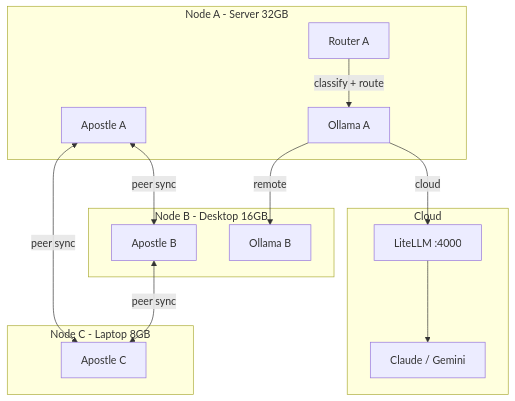
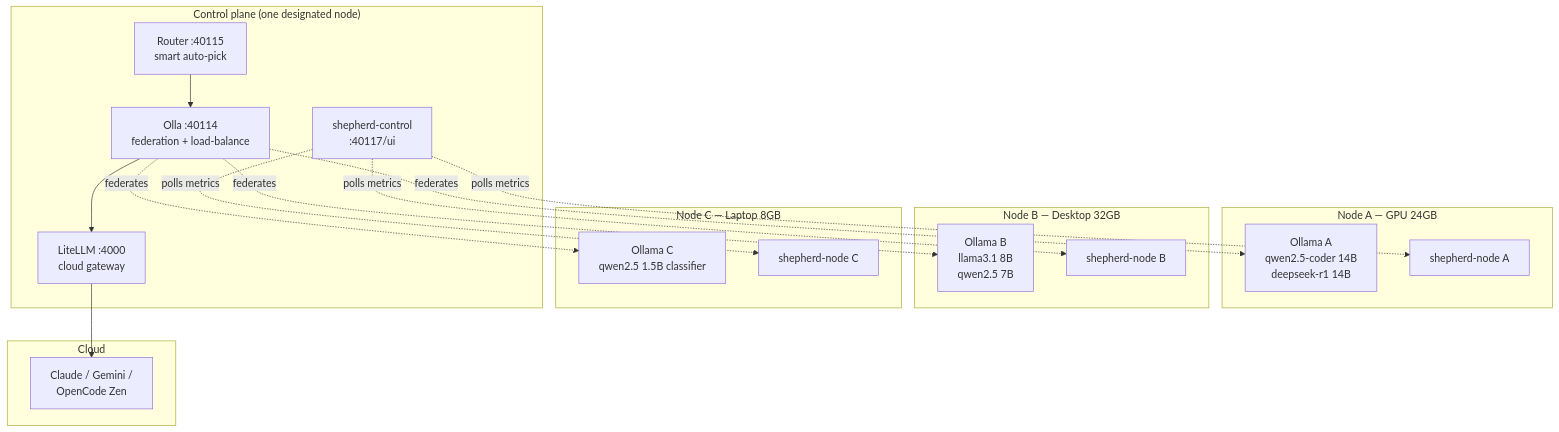
Before and after one commit to growlf/ai-stack: the diagram in README.md, drawn with Mermaid. The commit also changed other lines of this file and 1 other file, not shown here.

First line of the commit message:
docs: replace Apostle vision with federated herd + Shepherd observability

````diff
--- a/README.md
+++ b/README.md
@@ -29,31 +30,39 @@
 ```mermaid
 graph TB
-    subgraph NodeA["Node A - Server 32GB"]
-        AP_A[Apostle A]
-        OL_A[Ollama A]
-        RO_A[Router A]
-        RO_A -->|classify + route| OL_A
+    subgraph NodeA["Node A — GPU 24GB"]
+        OL_A[Ollama A<br/>qwen2.5-coder 14B<br/>deepseek-r1 14B]
+        SN_A[shepherd-node A]
     end
 
-    subgraph NodeB["Node B - Desktop 16GB"]
-        AP_B[Apostle B]
-        OL_B[Ollama B]
+    subgraph NodeB["Node B — Desktop 32GB"]
+        OL_B[Ollama B<br/>llama3.1 8B<br/>qwen2.5 7B]
+        SN_B[shepherd-node B]
     end
 
-    subgraph NodeC["Node C - Laptop 8GB"]
-        AP_C[Apostle C]
+    subgraph NodeC["Node C — Laptop 8GB"]
+        OL_C[Ollama C<br/>qwen2.5 1.5B classifier]
+        SN_C[shepherd-node C]
+    end
+
+    subgraph ControlPlane["Control plane (one designated node)"]
+        SC[shepherd-control<br/>:40117/ui]
+        OLLA[Olla :40114<br/>federation + load-balance]
+        RTR[Router :40115<br/>smart auto-pick]
+        LL[LiteLLM :4000<br/>cloud gateway]
     end
 
     subgraph Cloud
-        CLAUDE[Claude / Gemini]
-        LITELLM[LiteLLM :4000]
+        CLAUDE[Claude / Gemini /<br/>OpenCode Zen]
     end
 
-    AP_A <-->|peer sync| AP_B
-    AP_A <-->|peer sync| AP_C
-    AP_B <-->|peer sync| AP_C
+    RTR --> OLLA
+    OLLA -.federates.-> OL_A
+    OLLA -.federates.-> OL_B
+    OLLA -.federates.-> OL_C
+    OLLA --> LL
+    LL --> CLAUDE
 
-    OL_A -->|remote| OL_B
-    OL_A -->|cloud| LITELLM
-    LITELLM --> CLAUDE
+    SC -.polls metrics.-> SN_A
+    SC -.polls metrics.-> SN_B
+    SC -.polls metrics.-> SN_C
 ```
````
